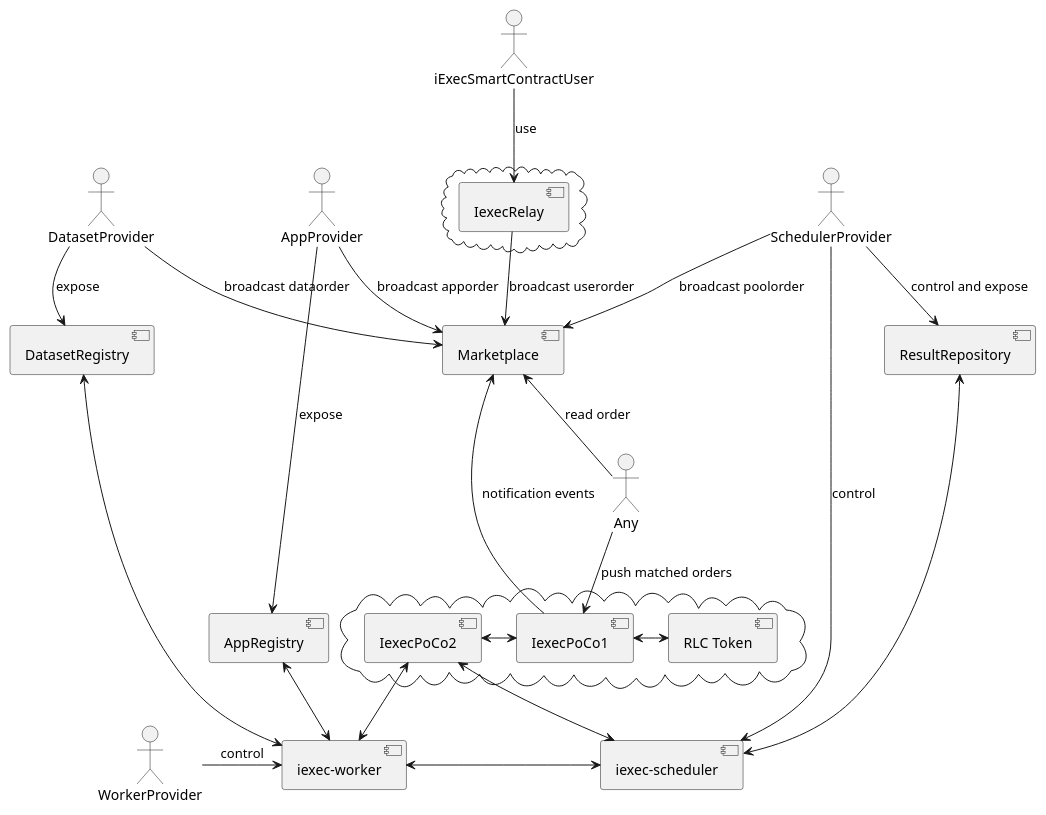
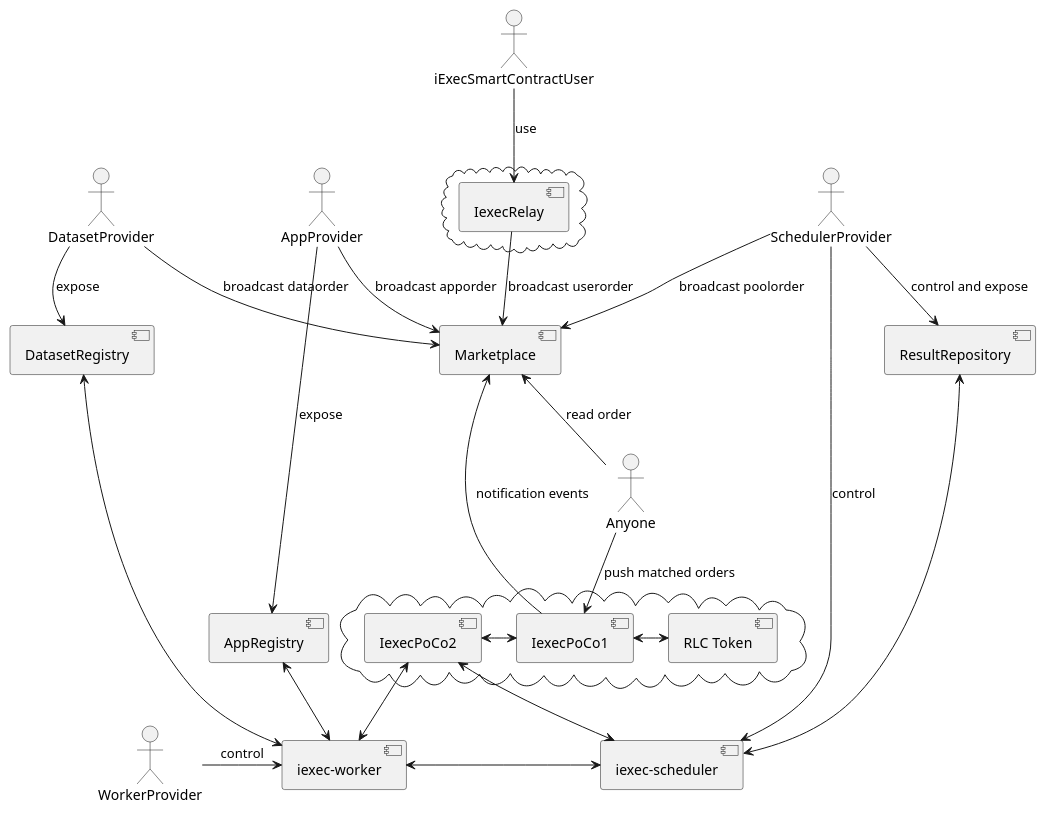
The diagram in uml/architecture-ODB.puml (iExecBlockchainComputing/PoCo), drawn with PlantUML before and after one commit. The commit also changed 1 other file, not shown here.

Commit message:
update to anyone

```diff
--- a/uml/architecture-ODB.puml
+++ b/uml/architecture-ODB.puml
@@ -1,56 +1,56 @@
 @startuml
 :iExecSmartContractUser:
 :AppProvider:
 :DatasetProvider:
 :SchedulerProvider:
 :WorkerProvider:
-:Any:
+:Anyone:
 
 cloud {
 [IexecRelay]
 }
 component [IexecRelay]
 iExecSmartContractUser -down-> [IexecRelay]: use
 
 component [Marketplace]
 [IexecRelay] -down-> [Marketplace]: broadcast userorder
 AppProvider -down-> [Marketplace]: broadcast apporder
 DatasetProvider -down-> [Marketplace]: broadcast dataorder
 SchedulerProvider -down-> [Marketplace]: broadcast poolorder
-Any -up-> [Marketplace]: read order
+Anyone -up-> [Marketplace]: read order
 
 cloud {
 [IexecPoCo1]
 [IexecPoCo2]
 [RLC Token]
 }
 component [IexecPoCo1]
 component [IexecPoCo2]
 component [RLC Token]
 [IexecPoCo2] <-right-> [IexecPoCo1]
 [IexecPoCo1] <-right-> [RLC Token]
 
-Any -down-> [IexecPoCo1]: push matched orders
+Anyone -down-> [IexecPoCo1]: push matched orders
 [IexecPoCo1] -up-> [Marketplace]: notification events
 
 [iexec-scheduler] <-up-> [IexecPoCo2]
 [iexec-worker] <-up-> [IexecPoCo2]
 
 component [AppRegistry]
 component [DatasetRegistry]
 component [iexec-scheduler]
 component [iexec-worker]
 component [ResultRepository]
 
 AppProvider -down-> AppRegistry: expose
 DatasetProvider -down-> DatasetRegistry: expose
 SchedulerProvider -down-> [iexec-scheduler]: control
 SchedulerProvider -down-> [ResultRepository]: control and expose
 ResultRepository <-right-> [iexec-scheduler]
 
 [WorkerProvider] -right-> [iexec-worker]: control
 
 [iexec-worker] <-right-> [iexec-scheduler]
 [iexec-worker] <-up-> [AppRegistry]
 [iexec-worker] <-up-> [DatasetRegistry]
 @enduml
```
